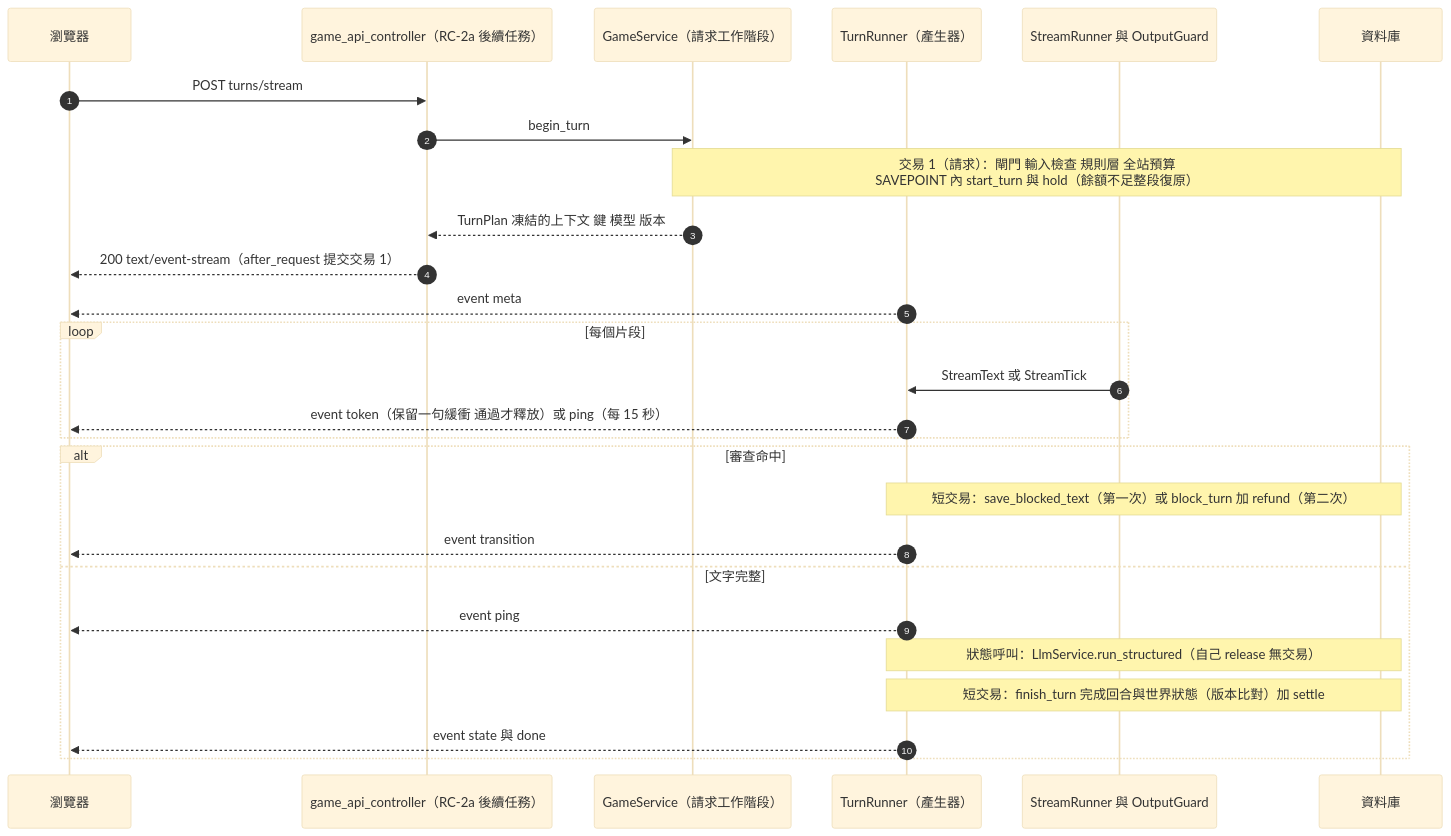
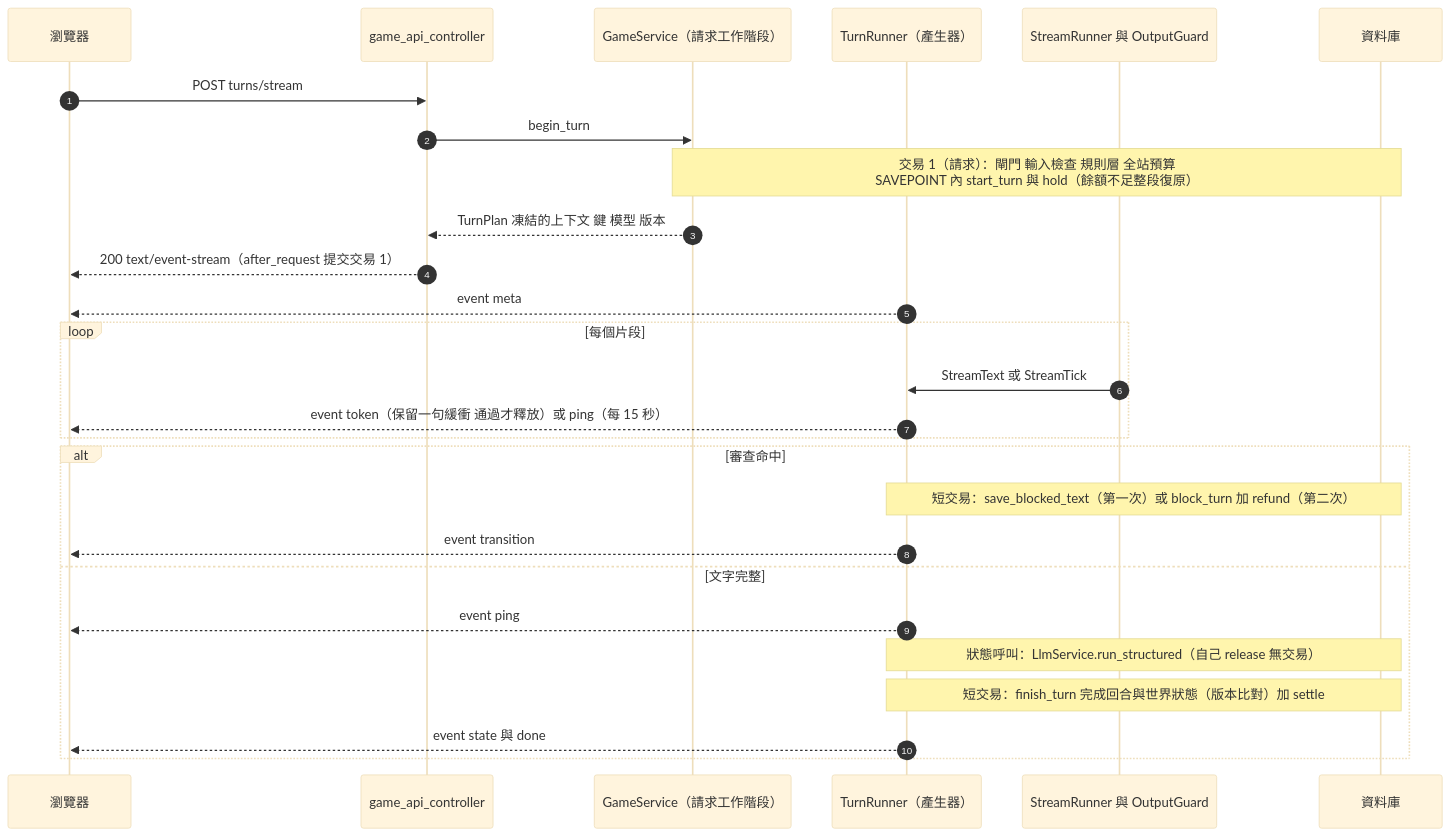
The sixth of 8 diagrams in docs/系統架構-architecture.md (pp466pp466/R.A.C), drawn with Mermaid (base theme) before and after one commit. The commit also changed other lines of this file and 15 other files, not shown here.

````diff
--- a/docs/系統架構-architecture.md
+++ b/docs/系統架構-architecture.md
@@ -237,29 +237,29 @@
 ```mermaid
 sequenceDiagram
     autonumber
     participant C as 瀏覽器
-    participant Ctl as game_api_controller（RC-2a 後續任務）
+    participant Ctl as game_api_controller
     participant G as GameService（請求工作階段）
     participant R as TurnRunner（產生器）
     participant S as StreamRunner 與 OutputGuard
     participant DB as 資料庫
     C->>Ctl: POST turns/stream
     Ctl->>G: begin_turn
     Note over G,DB: 交易 1（請求）：閘門 輸入檢查 規則層 全站預算<br/>SAVEPOINT 內 start_turn 與 hold（餘額不足整段復原）
     G-->>Ctl: TurnPlan 凍結的上下文 鍵 模型 版本
     Ctl-->>C: 200 text/event-stream（after_request 提交交易 1）
     R-->>C: event meta
     loop 每個片段
         S->>R: StreamText 或 StreamTick
         R-->>C: event token（保留一句緩衝 通過才釋放）或 ping（每 15 秒）
     end
     alt 審查命中
         Note over R,DB: 短交易：save_blocked_text（第一次）或 block_turn 加 refund（第二次）
         R-->>C: event transition
     else 文字完整
         R-->>C: event ping
         Note over R,DB: 狀態呼叫：LlmService.run_structured（自己 release 無交易）
         Note over R,DB: 短交易：finish_turn 完成回合與世界狀態（版本比對）加 settle
         R-->>C: event state 與 done
     end
 ```
````
